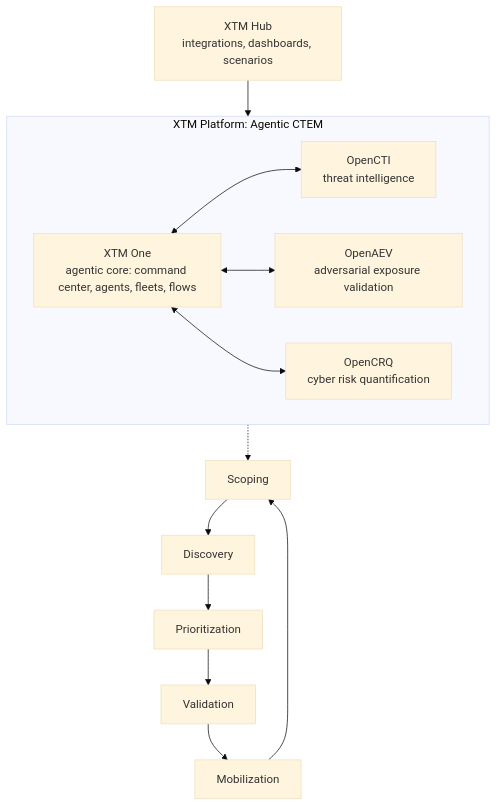
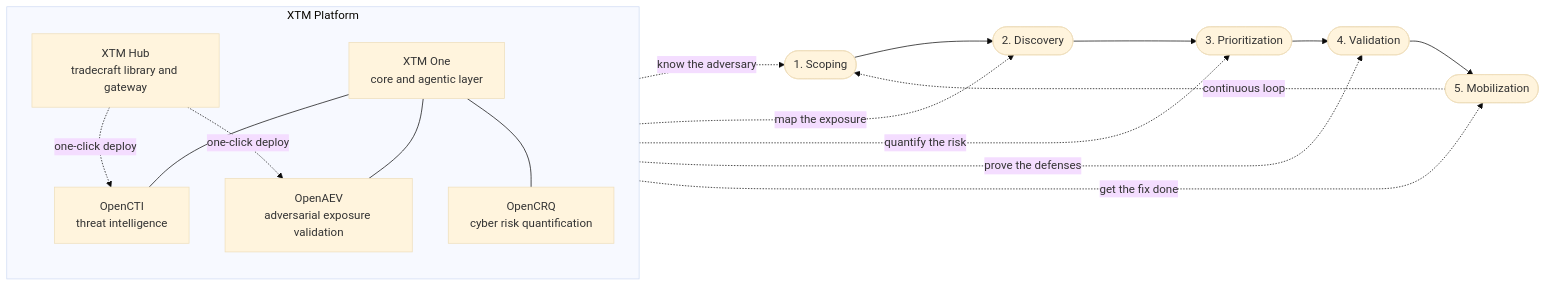
Before and after one commit to XTM-One-Platform/xtm-one: the second of 2 diagrams in README.md, drawn with Mermaid (base theme). The commit also changed other lines of this file, not shown here.

Commit message:
docs(readme): shared xtm platform diagram and canonical product links (#424)

````diff
--- a/README.md
+++ b/README.md
@@ -183,16 +185,23 @@
 ```mermaid
-flowchart TB
-  subgraph xtm["XTM Platform: Agentic CTEM"]
-    ONE["XTM One<br/>agentic core: command center, agents, fleets, flows"]
-    CTI["OpenCTI<br/>threat intelligence"]
-    AEV["OpenAEV<br/>adversarial exposure validation"]
-    CRQ["OpenCRQ<br/>cyber risk quantification"]
-    ONE <--> CTI
-    ONE <--> AEV
-    ONE <--> CRQ
-  end
-  HUB["XTM Hub<br/>integrations, dashboards, scenarios"]
-  HUB --> xtm
-  S1["Scoping"] --> S2["Discovery"] --> S3["Prioritization"] --> S4["Validation"] --> S5["Mobilization"] --> S1
-  xtm -.-> S1
+flowchart LR
+    subgraph platform["XTM Platform"]
+        direction TB
+        one["XTM One<br/>core and agentic layer"]
+        cti["OpenCTI<br/>threat intelligence"]
+        aev["OpenAEV<br/>adversarial exposure validation"]
+        crq["OpenCRQ<br/>cyber risk quantification"]
+        hub["XTM Hub<br/>tradecraft library and gateway"]
+        one --- cti
+        one --- aev
+        one --- crq
+        hub -. one-click deploy .-> cti
+        hub -. one-click deploy .-> aev
+    end
+    scoping(["1. Scoping"]) --> discovery(["2. Discovery"]) --> prioritization(["3. Prioritization"]) --> validation(["4. Validation"]) --> mobilization(["5. Mobilization"])
+    mobilization -. continuous loop .-> scoping
+    cti -. know the adversary .-> scoping
+    cti -. map the exposure .-> discovery
+    crq -. quantify the risk .-> prioritization
+    aev -. prove the defenses .-> validation
+    one -. get the fix done .-> mobilization
 ```
````
